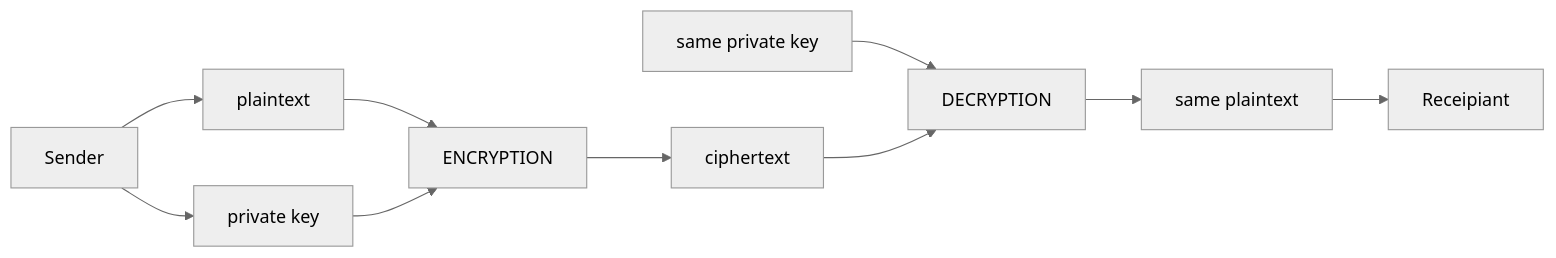
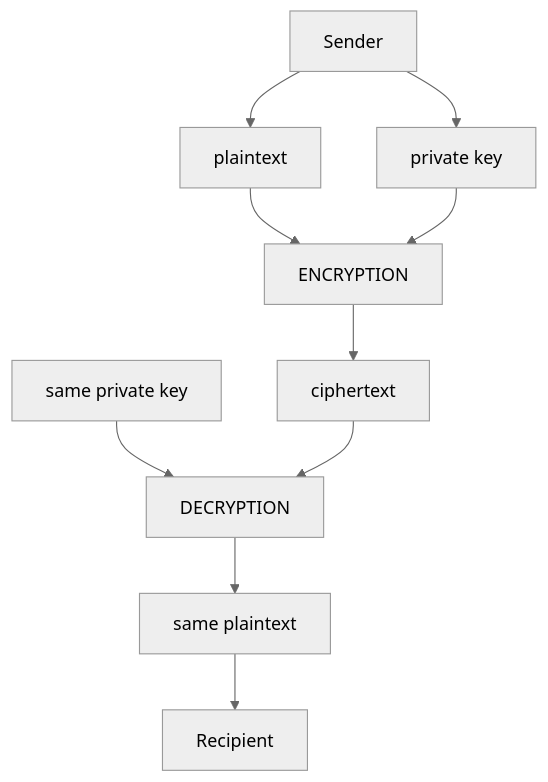
One commit to Kietpawpan/encryption changed the diagram in README.md. Above: the diagram before and after it, drawn with Mermaid (neutral theme).

````diff
--- a/README.md
+++ b/README.md
@@ -5,9 +5,9 @@
 ```mermaid
-flowchart LR
+flowchart TD
     A[Sender] --> B[plaintext]-->D
     C[private key]-->D[ENCRYPTION]-->E[ciphertext]
-    F[Receipiant]
+    F[Recipient]
     C2[same private key]-->G[DECRYPTION]-->I[same plaintext]-->F
      E-->G
 A-->C
 ```
````
